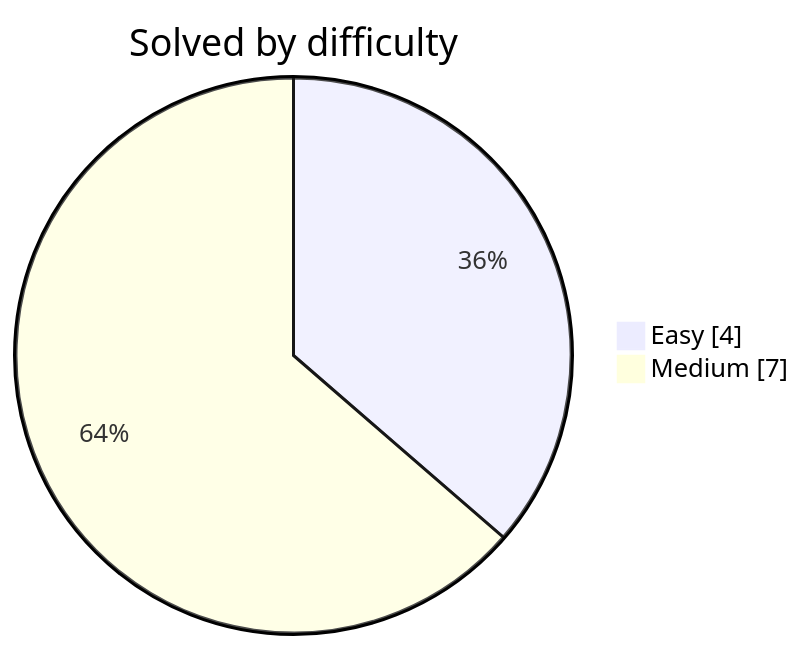
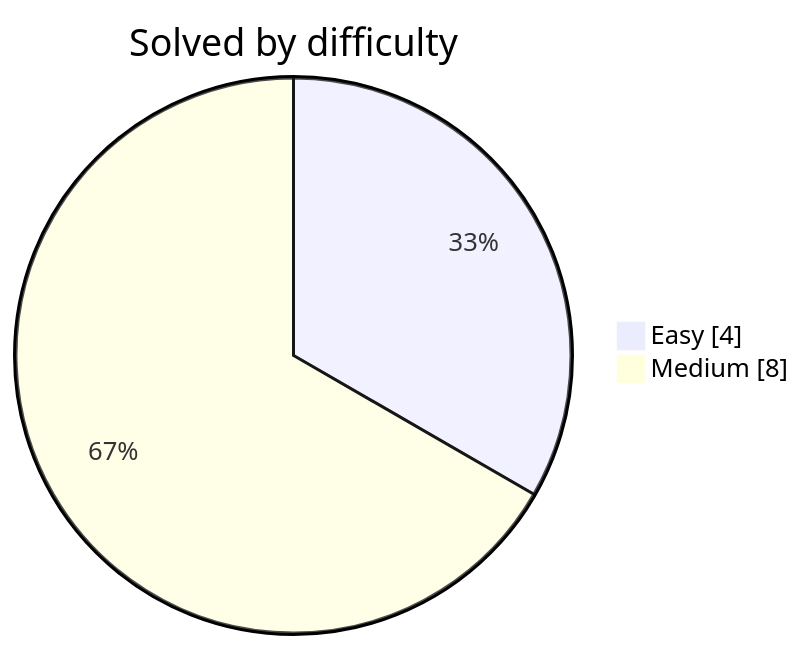
Before and after one commit to DwijeshD/leetcode-solutions: the diagram in README.md, drawn with Mermaid. The commit also changed other lines of this file and 2 other files, not shown here.

````diff
--- a/README.md
+++ b/README.md
@@ -31,6 +31,6 @@
 ```mermaid
 pie showData
     title Solved by difficulty
     "Easy" : 4
-    "Medium" : 7
+    "Medium" : 8
 ```
````
